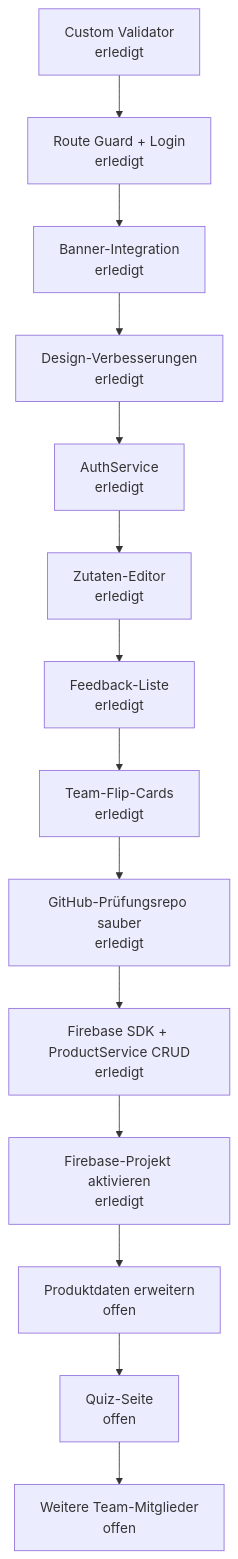
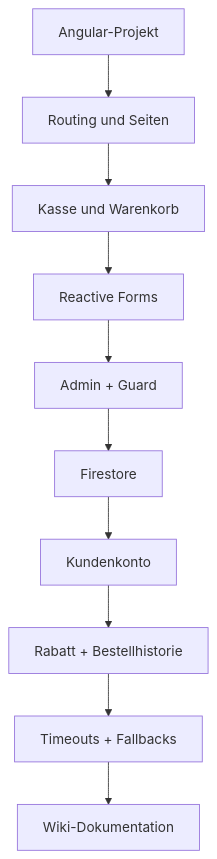
Before and after one commit to denisaandreea-a/McDenisa-Website-Pruefung: the diagram in docs/wiki.md, drawn with Mermaid. The commit also changed other lines of this file and 2 other files, not shown here.

````diff
--- a/docs/wiki.md
+++ b/docs/wiki.md
@@ -920,16 +96,12 @@
 ```mermaid
 flowchart TD
-  D1["Custom Validator\nerledigt"] --> D2["Route Guard + Login\nerledigt"]
-  D2 --> D3["Banner-Integration\nerledigt"]
-  D3 --> D4["Design-Verbesserungen\nerledigt"]
-  D4 --> D5["AuthService\nerledigt"]
-  D5 --> D6["Zutaten-Editor\nerledigt"]
-  D6 --> D7["Feedback-Liste\nerledigt"]
-  D7 --> D8["Team-Flip-Cards\nerledigt"]
-  D8 --> D9["GitHub-Prüfungsrepo sauber\nerledigt"]
-  D9 --> D10["Firebase SDK + ProductService CRUD\nerledigt"]
-  D10 --> D11["Firebase-Projekt aktivieren\nerledigt"]
-  D11 --> N1["Produktdaten erweitern\noffen"]
-  N1 --> N2["Quiz-Seite\noffen"]
-  N2 --> N3["Weitere Team-Mitglieder\noffen"]
+  Start["Angular-Projekt"] --> Routing["Routing und Seiten"]
+  Routing --> Kasse["Kasse und Warenkorb"]
+  Kasse --> Formulare["Reactive Forms"]
+  Formulare --> Admin["Admin + Guard"]
+  Admin --> Firebase["Firestore"]
+  Firebase --> Konto["Kundenkonto"]
+  Konto --> Historie["Rabatt + Bestellhistorie"]
+  Historie --> Stabil["Timeouts + Fallbacks"]
+  Stabil --> Wiki["Wiki-Dokumentation"]
 ```
````
